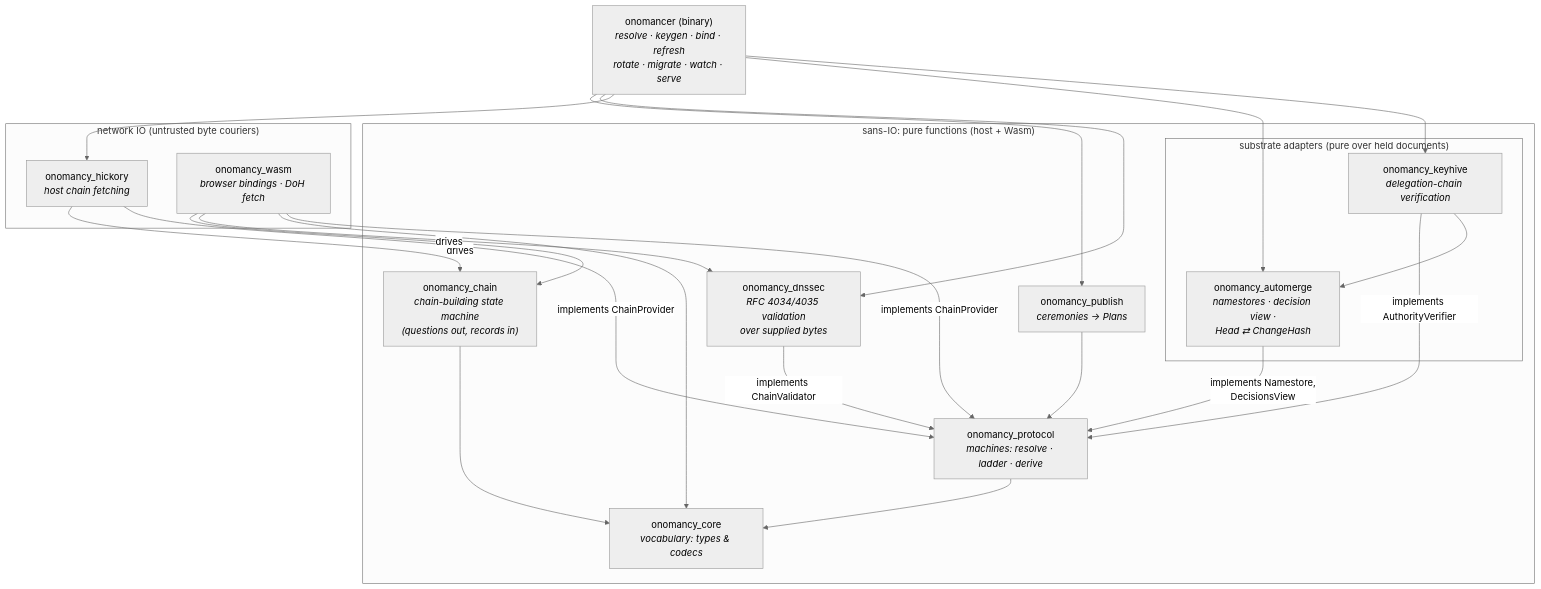
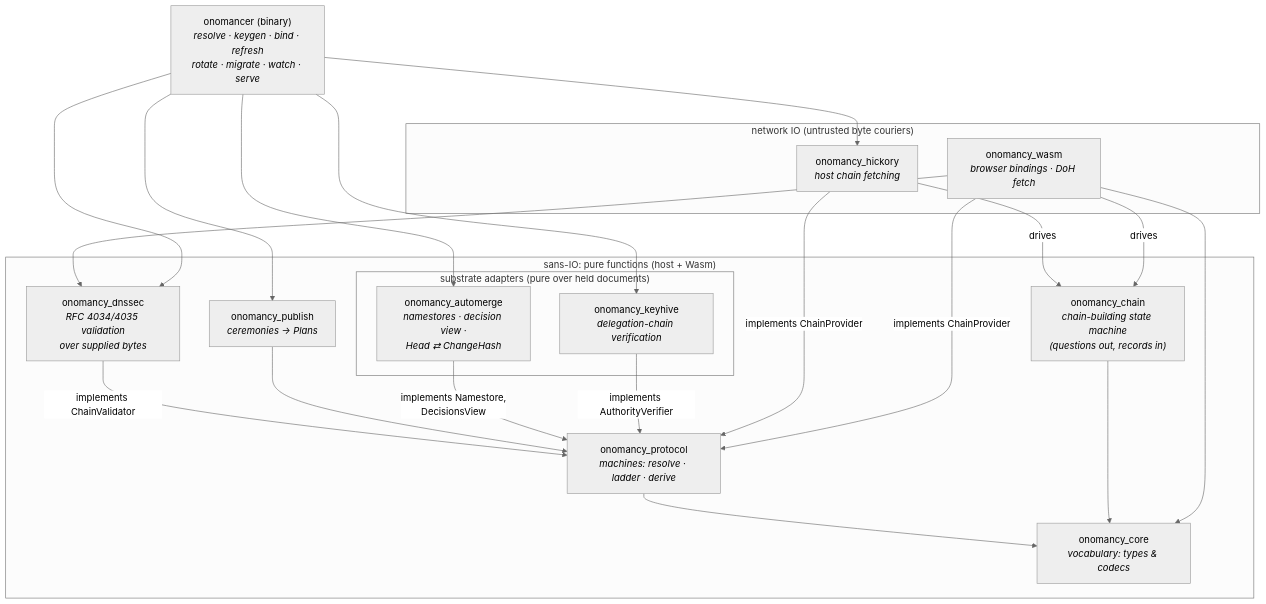
One commit to inkandswitch/onomancy changed the diagram in README.md. Above: the diagram before and after it, drawn with Mermaid (neutral theme). The commit also changed other lines of this file and 70 other files, not shown here.

````diff
--- a/README.md
+++ b/README.md
@@ -45,41 +45,40 @@
 ```mermaid
 graph TD
     subgraph pure ["sans-IO: pure functions (host + Wasm)"]
         core["onomancy_core<br/><i>vocabulary: types & codecs</i>"]
         proto["onomancy_protocol<br/><i>machines: resolve · ladder · derive</i>"]
         dnssec["onomancy_dnssec<br/><i>RFC 4034/4035 validation<br/>over supplied bytes</i>"]
         chain["onomancy_chain<br/><i>chain-building state machine<br/>(questions out, records in)</i>"]
         publish["onomancy_publish<br/><i>ceremonies → Plans</i>"]
 
         subgraph adapters ["substrate adapters (pure over held documents)"]
             automerge["onomancy_automerge<br/><i>namestores · decision view ·<br/>Head ⇄ ChangeHash</i>"]
             keyhive["onomancy_keyhive<br/><i>delegation-chain verification</i>"]
         end
     end
 
     subgraph network ["network IO (untrusted byte couriers)"]
         hickory["onomancy_hickory<br/><i>host chain fetching</i>"]
         wasm["onomancy_wasm<br/><i>browser bindings · DoH fetch</i>"]
     end
 
     onomancer["onomancer (binary)<br/><i>resolve · keygen · bind · refresh<br/>rotate · migrate · watch · serve</i>"]
 
     proto --> core
     dnssec -- "implements ChainValidator" --> proto
     chain --> core
     hickory -- "drives" --> chain
     wasm -- "drives" --> chain
     wasm --> dnssec
     publish --> proto
     automerge -- "implements Namestore,<br/>DecisionsView" --> proto
     keyhive -- "implements AuthorityVerifier" --> proto
-    keyhive --> automerge
     hickory -- "implements ChainProvider" --> proto
     wasm --> core
     wasm -- "implements ChainProvider" --> proto
     onomancer --> publish
     onomancer --> dnssec
     onomancer --> hickory
     onomancer --> automerge
     onomancer --> keyhive
 ```
````
